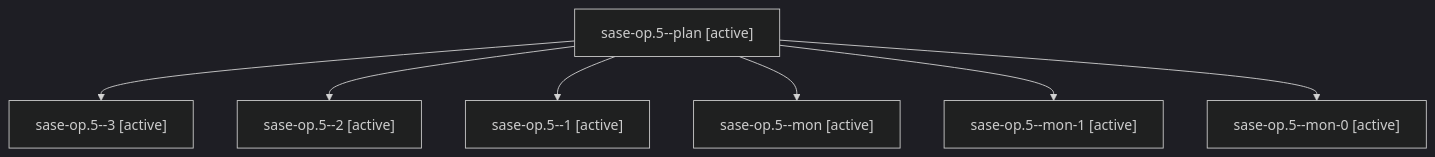
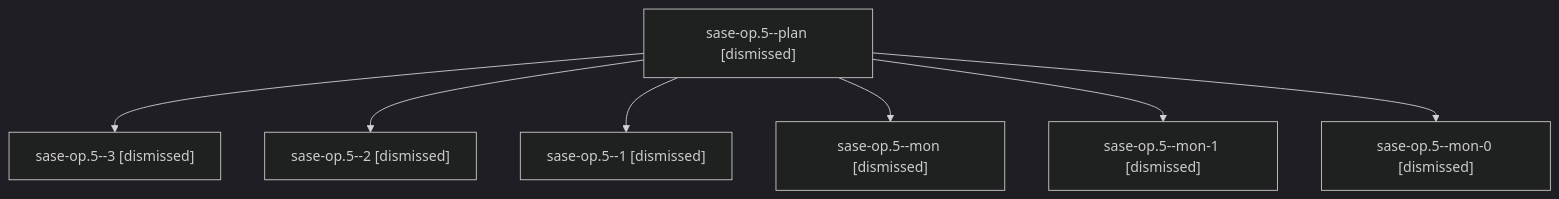
The diagram in sessions/bbugyi200.athena.sase-op.5.md (sase-org/sase--agents), drawn with Mermaid (dark theme) before and after one commit. The commit also changed other lines of this file and 120 other files, not shown here.

````diff
--- a/sessions/bbugyi200.athena.sase-op.5.md
+++ b/sessions/bbugyi200.athena.sase-op.5.md
@@ -9,16 +9,16 @@
 ```mermaid
 flowchart TD
-  n0["sase-op.5--plan [active]"]
-  n1["sase-op.5--3 [active]"]
+  n0["sase-op.5--plan [dismissed]"]
+  n1["sase-op.5--3 [dismissed]"]
   n0 --> n1
-  n2["sase-op.5--2 [active]"]
+  n2["sase-op.5--2 [dismissed]"]
   n0 --> n2
-  n3["sase-op.5--1 [active]"]
+  n3["sase-op.5--1 [dismissed]"]
   n0 --> n3
-  n4["sase-op.5--mon [active]"]
+  n4["sase-op.5--mon [dismissed]"]
   n0 --> n4
-  n5["sase-op.5--mon-1 [active]"]
+  n5["sase-op.5--mon-1 [dismissed]"]
   n0 --> n5
-  n6["sase-op.5--mon-0 [active]"]
+  n6["sase-op.5--mon-0 [dismissed]"]
   n0 --> n6
 ```
````
